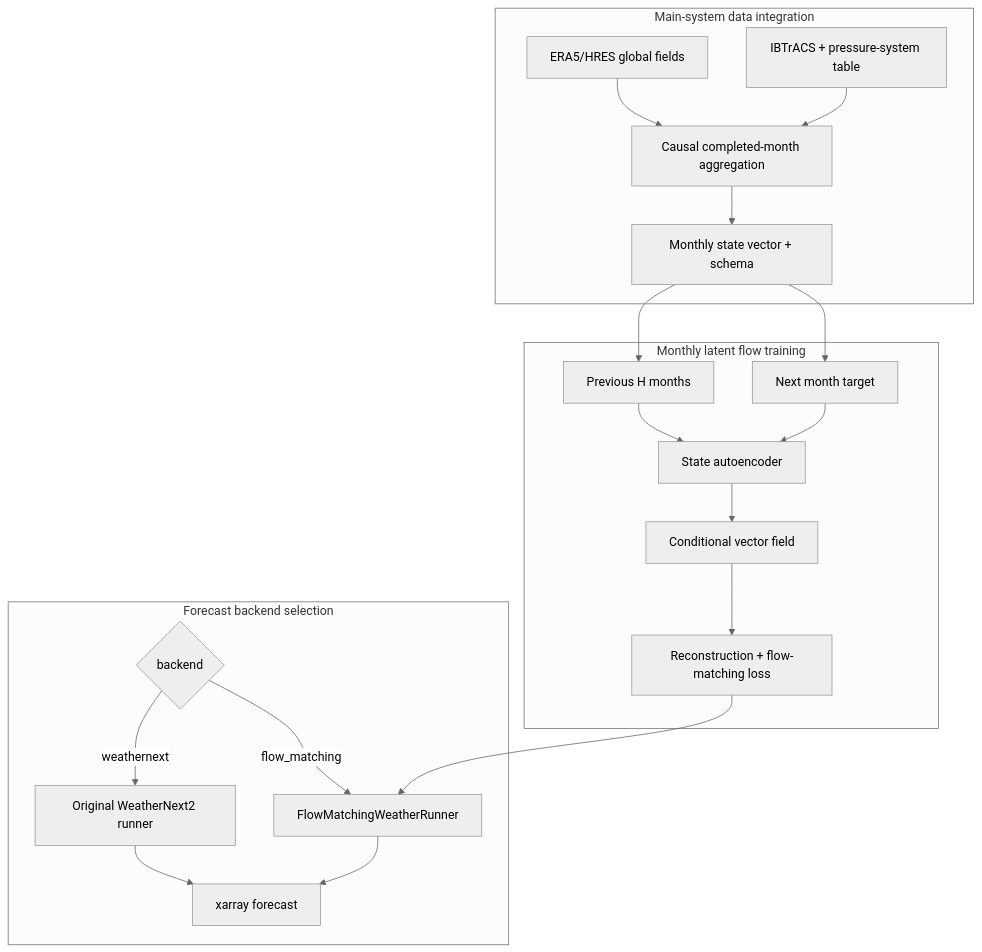
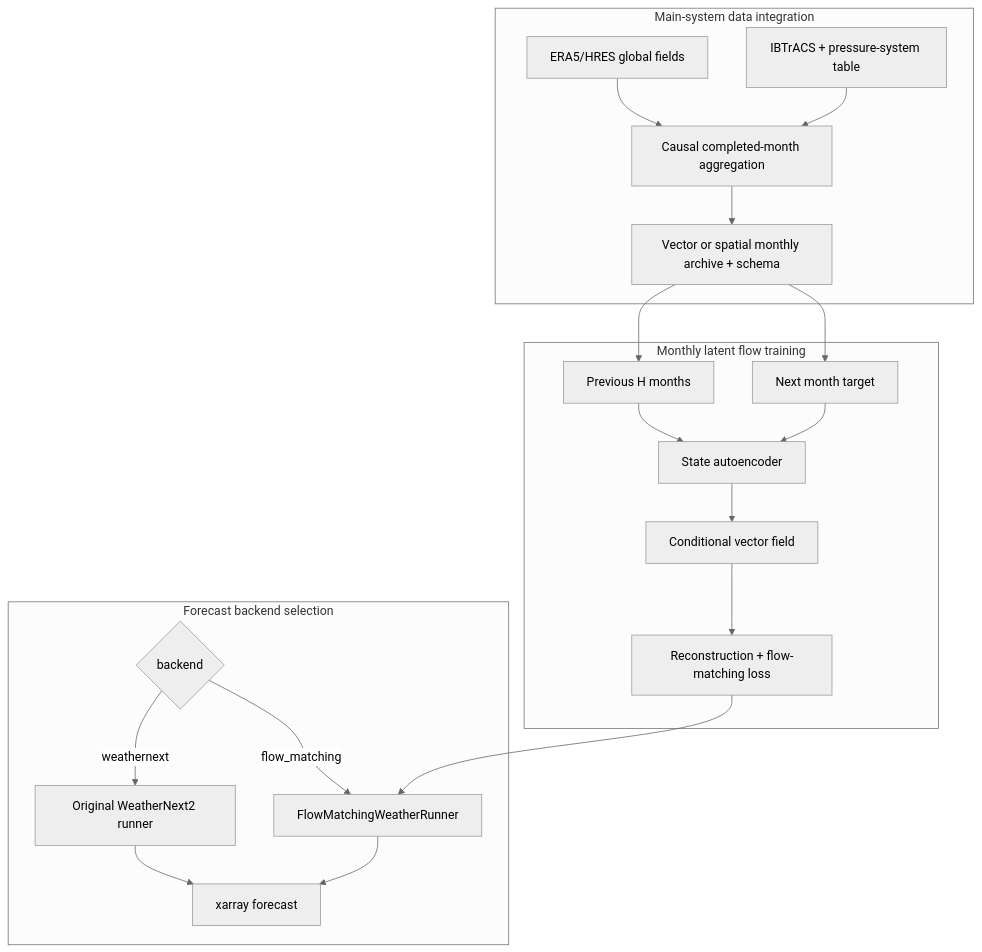
One commit to nayehyeon61-glitch/climate_diffusion changed the first of 2 diagrams in README.md. Above: the diagram before and after it, drawn with Mermaid (neutral theme). The commit also changed other lines of this file and 12 other files, not shown here.

Commit message:
Add 0.25-degree spatial flow autoencoder backends

````diff
--- a/README.md
+++ b/README.md
@@ -16,38 +16,38 @@
 ```mermaid
 flowchart TB
     subgraph DATA["Main-system data integration"]
         FIELD["ERA5/HRES global fields"]
         TABLE["IBTrACS + pressure-system table"]
         MONTH["Causal completed-month aggregation"]
-        STATE["Monthly state vector + schema"]
+        STATE["Vector or spatial monthly archive + schema"]
         FIELD --> MONTH
         TABLE --> MONTH
         MONTH --> STATE
     end
 
     subgraph TRAIN["Monthly latent flow training"]
         HIST["Previous H months"]
         TARGET["Next month target"]
         AE["State autoencoder"]
         CFM["Conditional vector field"]
         LOSS["Reconstruction + flow-matching loss"]
         STATE --> HIST
         STATE --> TARGET
         HIST --> AE
         TARGET --> AE
         AE --> CFM --> LOSS
     end
 
     subgraph SELECT["Forecast backend selection"]
         SWITCH{"backend"}
         WN["Original WeatherNext2 runner"]
         FLOW["FlowMatchingWeatherRunner"]
         OUT["xarray forecast"]
         SWITCH -->|weathernext| WN
         SWITCH -->|flow_matching| FLOW
         WN --> OUT
         FLOW --> OUT
     end
 
     LOSS --> FLOW
 ```
````
